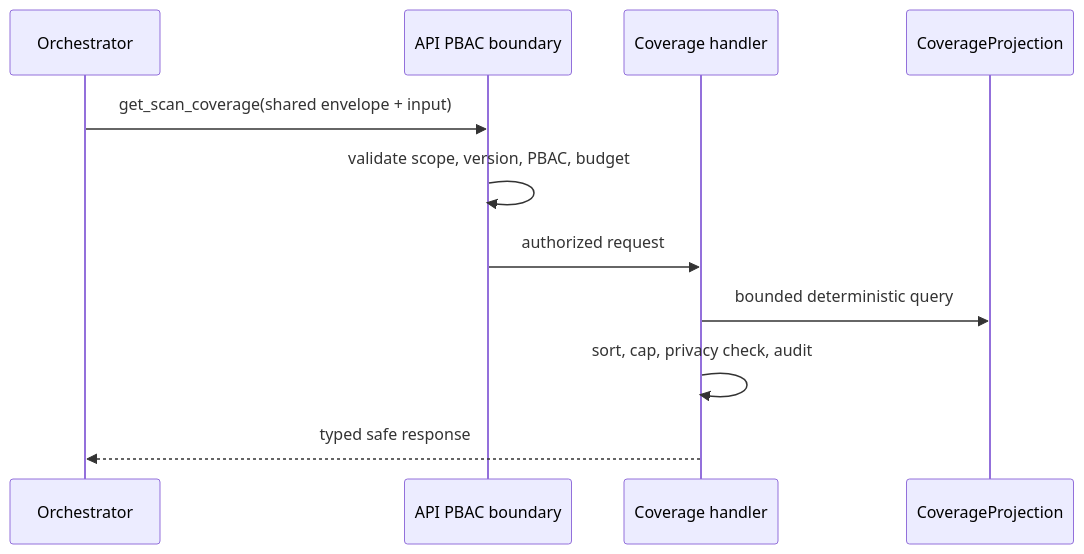
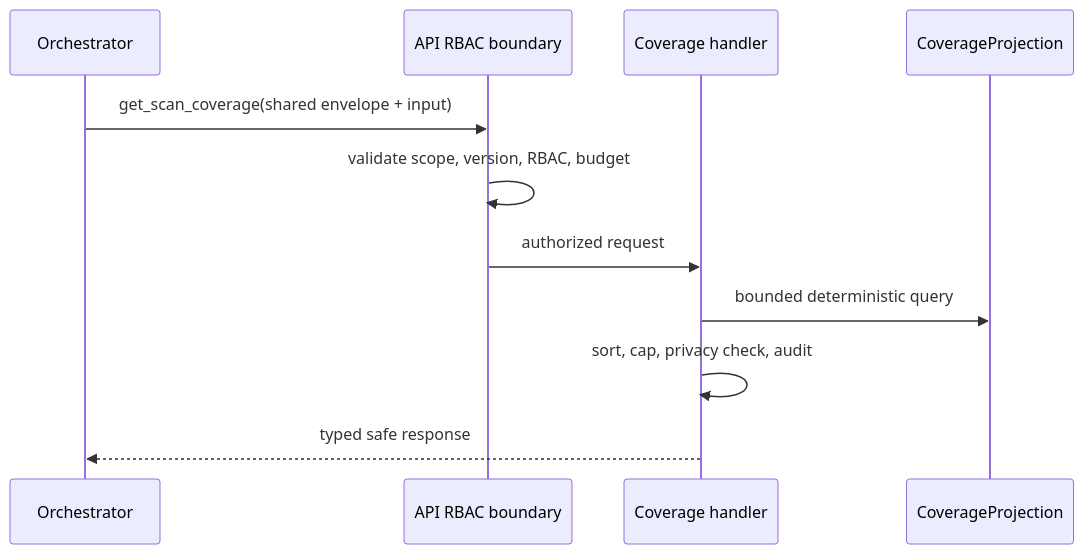
The diagram in docs/implementation/tasks/modules/agentic-evidence-tools/packets/ao-2-01-get-scan-coverage.md (khovan123/LCSP), drawn with Mermaid before and after one commit. The commit also changed other lines of this file and 519 other files, not shown here.

````diff
--- a/docs/implementation/tasks/modules/agentic-evidence-tools/packets/ao-2-01-get-scan-coverage.md
+++ b/docs/implementation/tasks/modules/agentic-evidence-tools/packets/ao-2-01-get-scan-coverage.md
@@ -103,13 +103,13 @@
 ```mermaid
 sequenceDiagram
   participant O as Orchestrator
-  participant A as API PBAC boundary
+  participant A as API RBAC boundary
   participant W as Coverage handler
   participant P as CoverageProjection
   O->>A: get_scan_coverage(shared envelope + input)
-  A->>A: validate scope, version, PBAC, budget
+  A->>A: validate scope, version, RBAC, budget
   A->>W: authorized request
   W->>P: bounded deterministic query
   W->>W: sort, cap, privacy check, audit
   W-->>O: typed safe response
 ```
````
